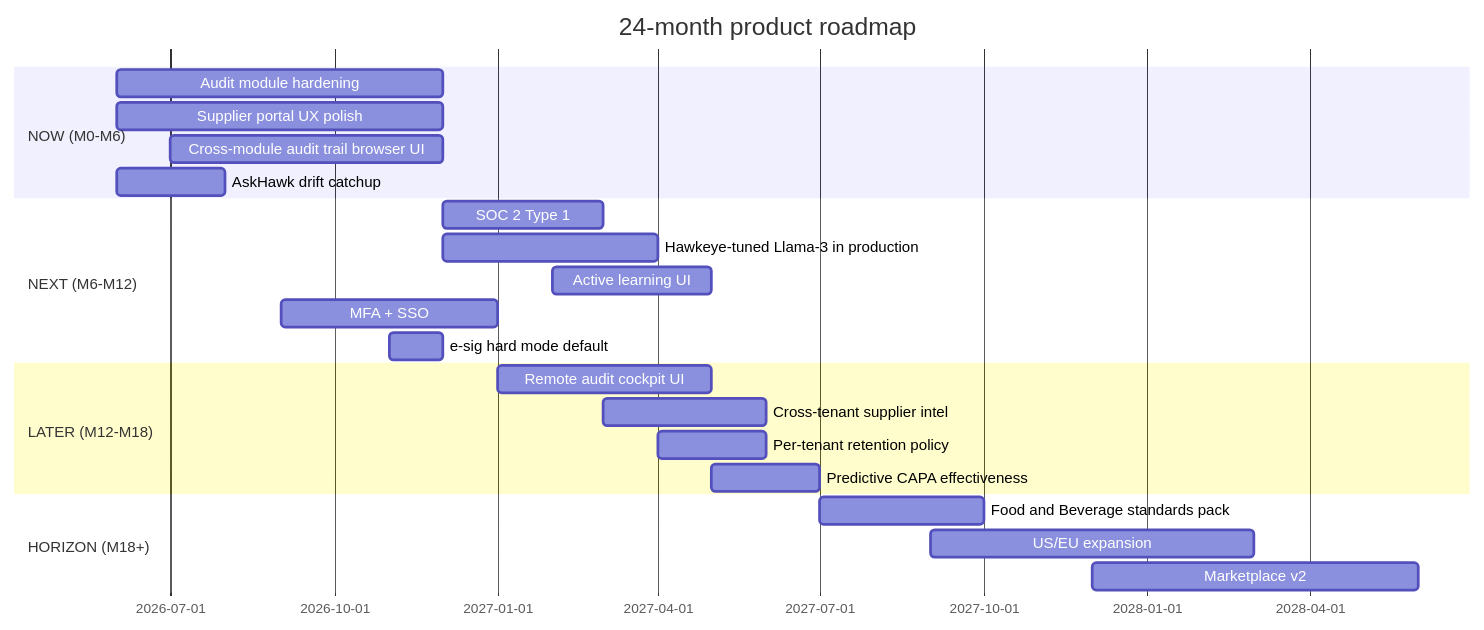
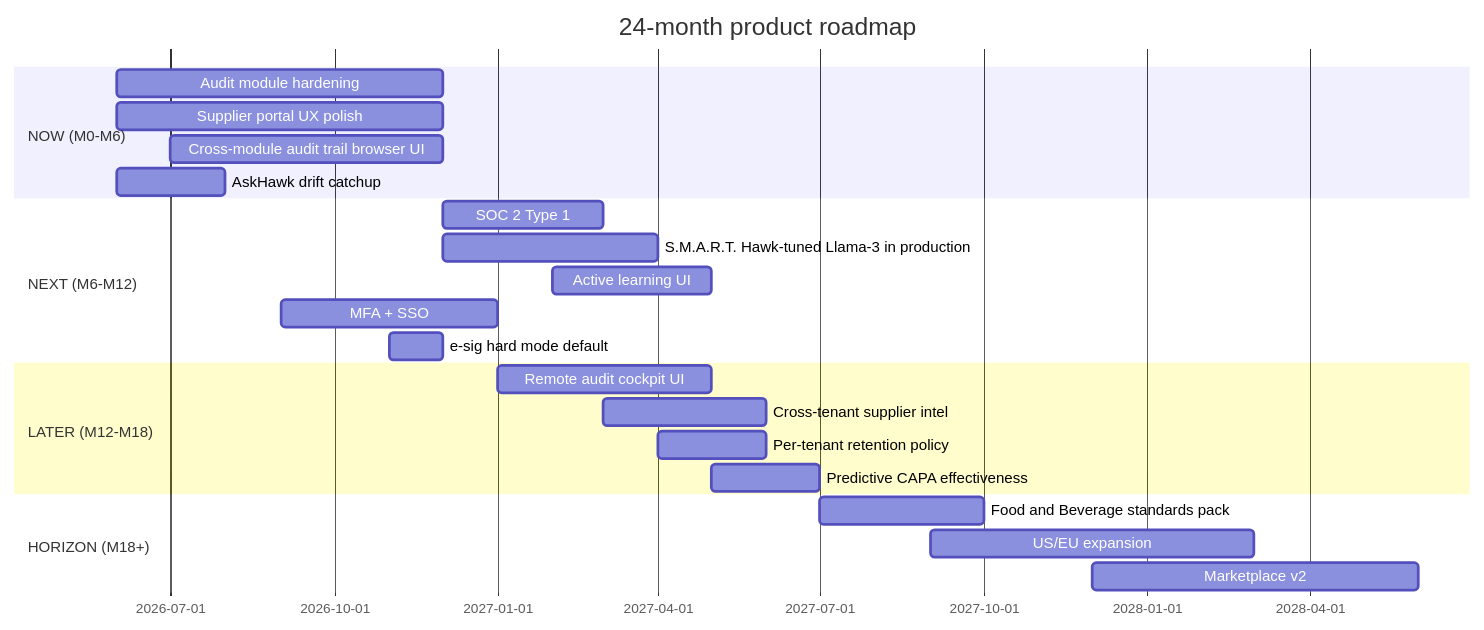
Before and after one commit to hawkeyetransact-dotcom/doc_v2: the first of 3 diagrams in 03-product/04-roadmap/ROADMAP.md, drawn with Mermaid. The commit also changed other lines of this file and 105 other files, not shown here.

First line of the commit message:
Rebrand docs: Hawkeye -> S.M.A.R.T. Hawk; S.M.A.R.T. five-pillar pipeline

````diff
--- a/03-product/04-roadmap/ROADMAP.md
+++ b/03-product/04-roadmap/ROADMAP.md
@@ -14,25 +14,25 @@
 ```mermaid
 gantt
     title 24-month product roadmap
     dateFormat YYYY-MM
     section NOW (M0-M6)
     Audit module hardening :2026-06, 6M
     Supplier portal UX polish :2026-06, 6M
     Cross-module audit trail browser UI :2026-07, 5M
     AskHawk drift catchup :2026-06, 2M
     section NEXT (M6-M12)
     SOC 2 Type 1 :2026-12, 3M
-    Hawkeye-tuned Llama-3 in production :2026-12, 4M
+    S.M.A.R.T. Hawk-tuned Llama-3 in production :2026-12, 4M
     Active learning UI :2027-02, 3M
     MFA + SSO :2026-09, 4M
     e-sig hard mode default :2026-11, 1M
     section LATER (M12-M18)
     Remote audit cockpit UI :2027-01, 4M
     Cross-tenant supplier intel :2027-03, 3M
     Per-tenant retention policy :2027-04, 2M
     Predictive CAPA effectiveness :2027-05, 2M
     section HORIZON (M18+)
     Food and Beverage standards pack :2027-07, 3M
     US/EU expansion :2027-09, 6M
     Marketplace v2 :2027-12, 6M
 ```
````
